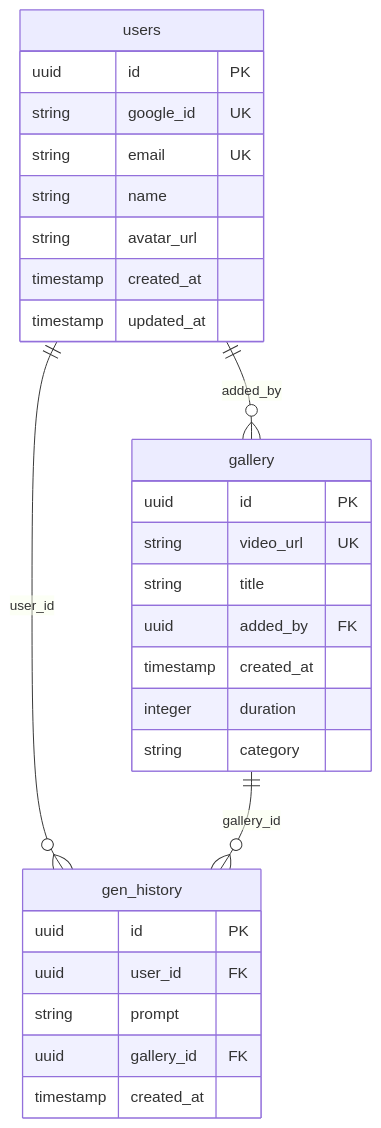
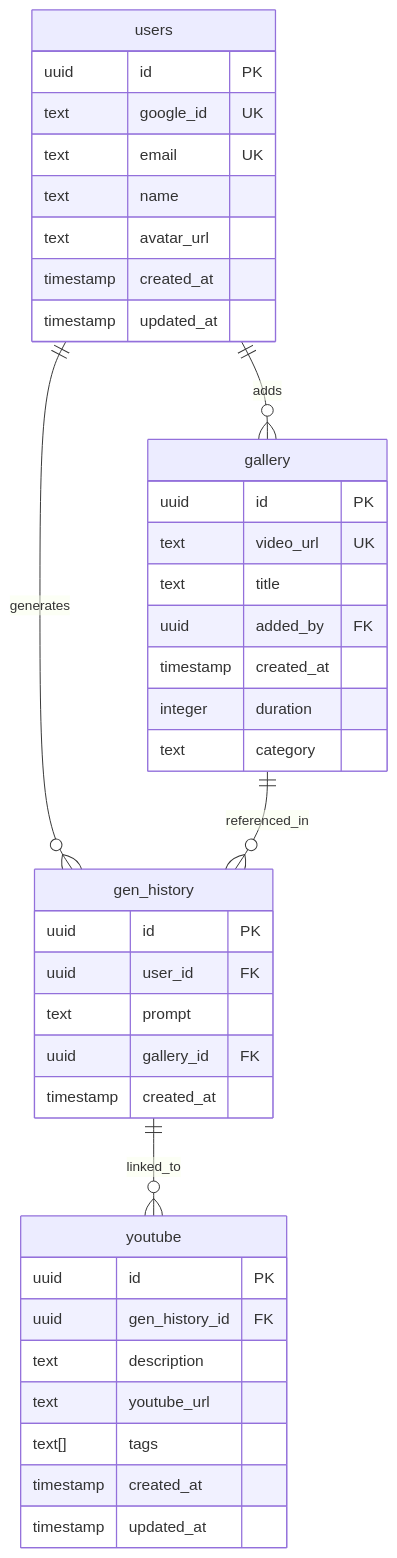
One commit to anhhuy007/ai-video-generator changed the diagram in diagram/database_schema.mmd. Above: the diagram before and after it, drawn with Mermaid. The commit also changed 1 other file, not shown here.

Commit message:
fix: database ERD

```diff
--- a/diagram/database_schema.mmd
+++ b/diagram/database_schema.mmd
@@ -1,32 +1,43 @@
 erDiagram
-    users ||--o{ gallery : "added_by"
-    users ||--o{ gen_history : "user_id"
-    gallery ||--o{ gen_history : "gallery_id"
-
     users {
         uuid id PK
-        string google_id UK
-        string email UK
-        string name
-        string avatar_url
+        text google_id UK
+        text email UK
+        text name
+        text avatar_url
         timestamp created_at
         timestamp updated_at
     }
-
+    
     gallery {
         uuid id PK
-        string video_url UK
-        string title
+        text video_url UK
+        text title
         uuid added_by FK
         timestamp created_at
         integer duration
-        string category
+        text category
     }
-
+    
     gen_history {
         uuid id PK
         uuid user_id FK
-        string prompt
+        text prompt
         uuid gallery_id FK
         timestamp created_at
     }
+    
+    youtube {
+        uuid id PK
+        uuid gen_history_id FK
+        text description
+        text youtube_url
+        text[] tags
+        timestamp created_at
+        timestamp updated_at
+    }
+    
+    users ||--o{ gallery : "adds"
+    users ||--o{ gen_history : "generates"
+    gallery ||--o{ gen_history : "referenced_in"
+    gen_history ||--o{ youtube : "linked_to"
```
